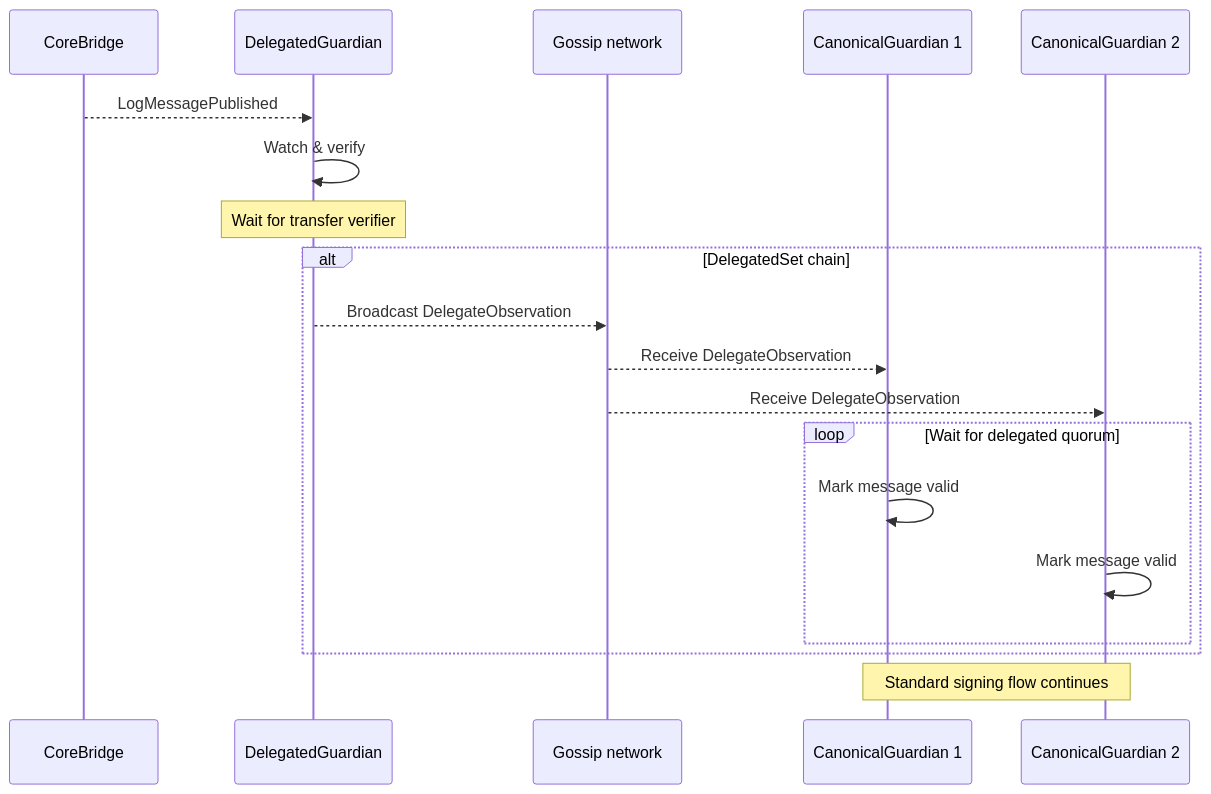
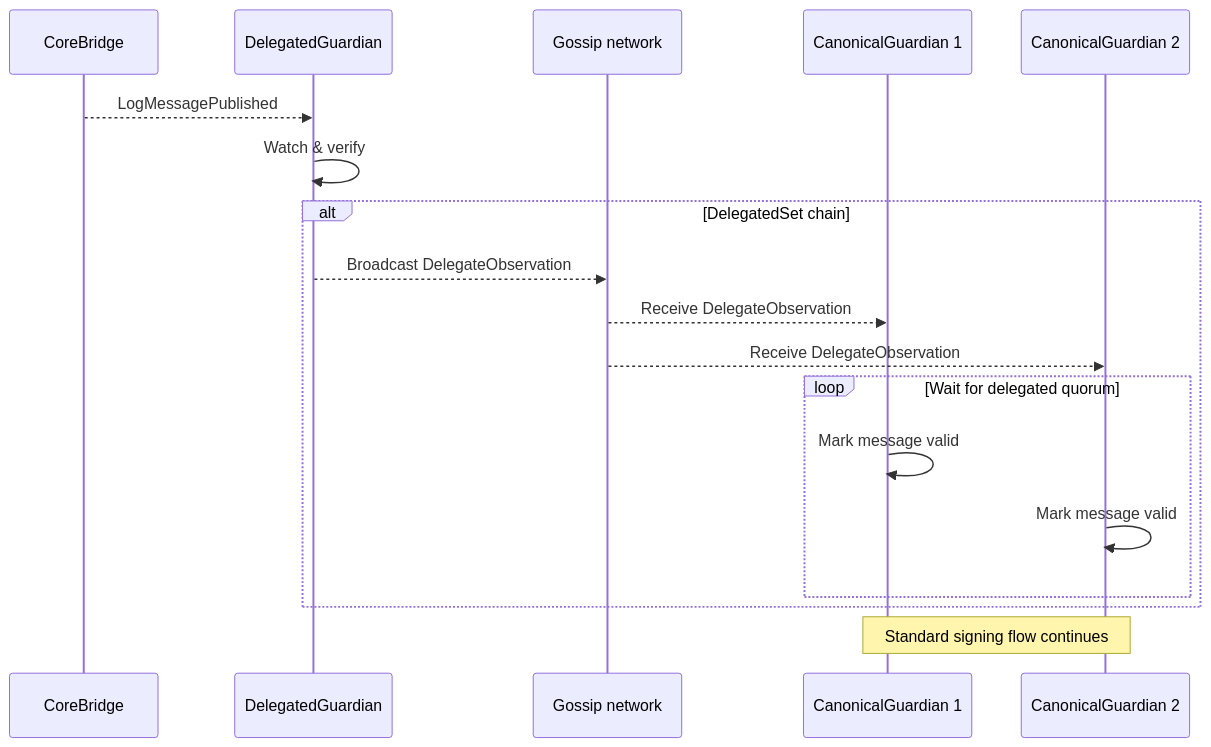
One commit to wormhole-foundation/wormhole-docs changed the diagram in docs/protocol/infrastructure/guardians.md. Above: the diagram before and after it, drawn with Mermaid. The commit also changed 1 other file, not shown here.

Commit message:
Applied feedback

````diff
--- a/docs/protocol/infrastructure/guardians.md
+++ b/docs/protocol/infrastructure/guardians.md
@@ -44,25 +44,24 @@
 ```mermaid
 sequenceDiagram 
 
 participant CB as CoreBridge
 participant DG as DelegatedGuardian
 participant G as Gossip network
 participant CG as CanonicalGuardian 1
 participant CG2 as CanonicalGuardian 2
 
 CB-->>DG: LogMessagePublished
 DG->>DG: Watch & verify
-note over DG: Wait for transfer verifier
 
 alt DelegatedSet chain
   DG-->>G: Broadcast DelegateObservation
   G-->>CG: Receive DelegateObservation
   G-->>CG2: Receive DelegateObservation
   loop Wait for delegated quorum
     CG->>CG: Mark message valid
     CG2->>CG2: Mark message valid
   end
 end
 
 note over CG,CG2: Standard signing flow continues
 ```
````
